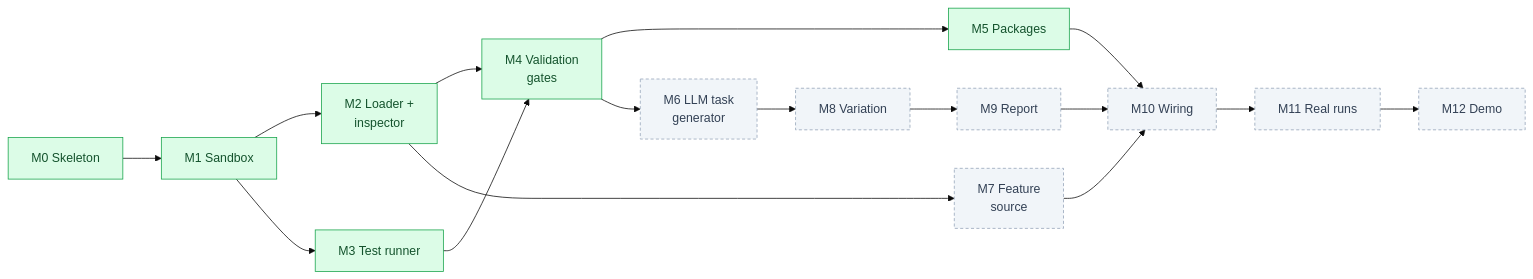
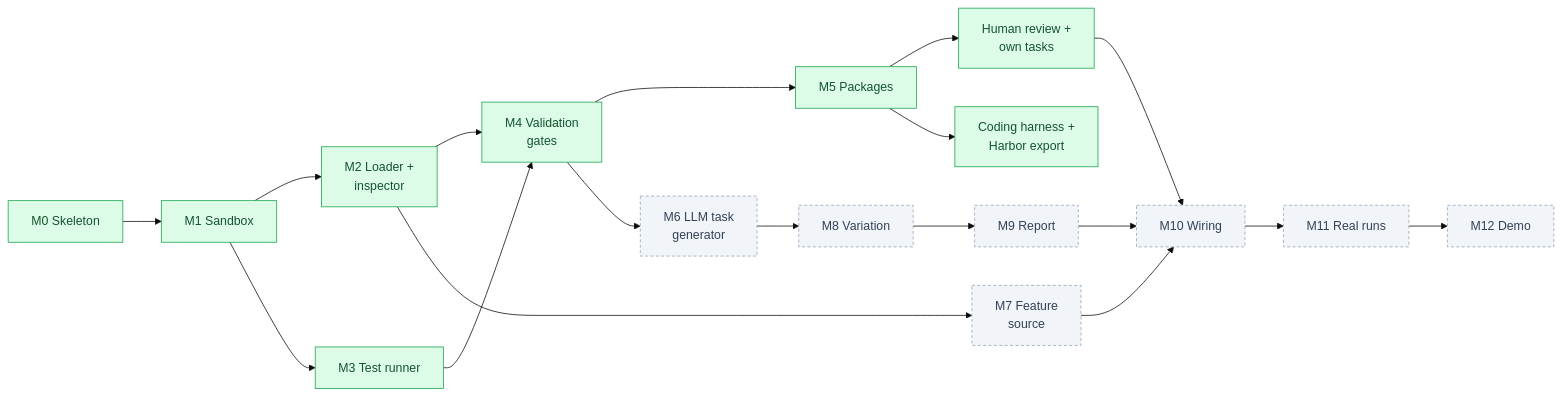
The sixth of 6 diagrams in README.md (sreenivasivbieb/task-factory), drawn with Mermaid (base theme) before and after one commit. The commit also changed other lines of this file and 25 other files, not shown here.

First line of the commit message:
Human review, own tasks, coding harness and Harbor export

````diff
--- a/README.md
+++ b/README.md
@@ -253,15 +392,16 @@
 ```mermaid
 flowchart LR
     M0[M0 Skeleton] --> M1[M1 Sandbox] --> M2[M2 Loader +<br/>inspector] --> M4[M4 Validation<br/>gates]
     M1 --> M3[M3 Test runner] --> M4
-    M4 --> M5[M5 Packages]
+    M4 --> M5[M5 Packages] --> HR[Human review +<br/>own tasks]
+    M5 --> HN[Coding harness +<br/>Harbor export]
     M4 --> M6[M6 LLM task<br/>generator]
     M2 --> M7[M7 Feature<br/>source]
     M6 --> M8[M8 Variation] --> M9[M9 Report]
-    M5 & M7 & M9 --> M10[M10 Wiring] --> M11[M11 Real runs] --> M12[M12 Demo]
+    HR & M7 & M9 --> M10[M10 Wiring] --> M11[M11 Real runs] --> M12[M12 Demo]
 
     classDef done fill:#dcfce7,stroke:#16a34a,color:#14532d;
     classDef next fill:#f1f5f9,stroke:#94a3b8,color:#334155,stroke-dasharray: 4 3;
-    class M0,M1,M2,M3,M4,M5 done;
+    class M0,M1,M2,M3,M4,M5,HR,HN done;
     class M6,M7,M8,M9,M10,M11,M12 next;
 ```
````
